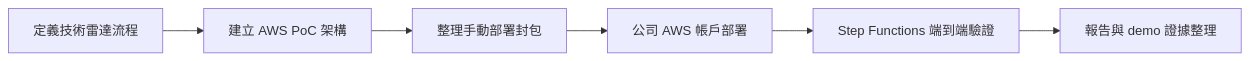
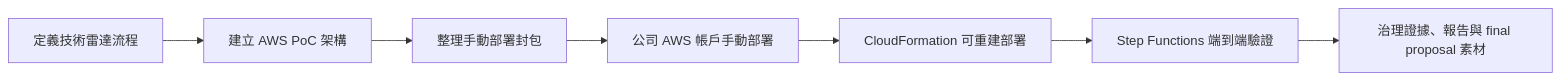
One commit to gt52bts-dotcom/internship-tech-radar changed the diagram in README.md. Above: the diagram before and after it, drawn with Mermaid. The commit also changed other lines of this file, not shown here.

````diff
--- a/README.md
+++ b/README.md
@@ -9,8 +9,9 @@
 ```mermaid
 flowchart LR
     A["定義技術雷達流程"] --> B["建立 AWS PoC 架構"]
     B --> C["整理手動部署封包"]
-    C --> D["公司 AWS 帳戶部署"]
-    D --> E["Step Functions 端到端驗證"]
-    E --> F["報告與 demo 證據整理"]
+    C --> D["公司 AWS 帳戶手動部署"]
+    D --> E["CloudFormation 可重建部署"]
+    E --> F["Step Functions 端到端驗證"]
+    F --> G["治理證據、報告與 final proposal 素材"]
 ```
````
